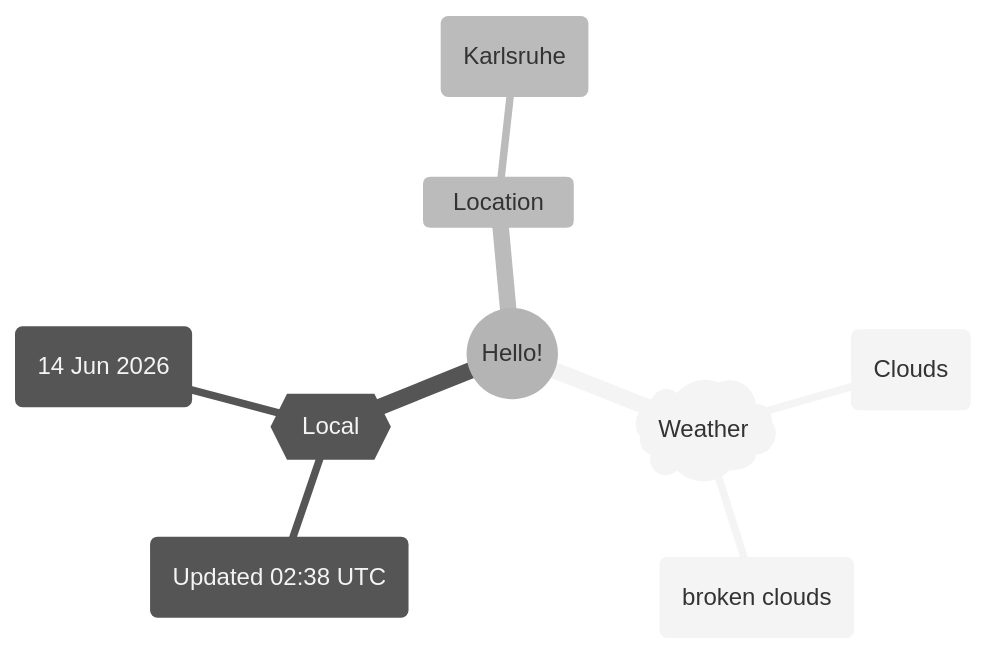
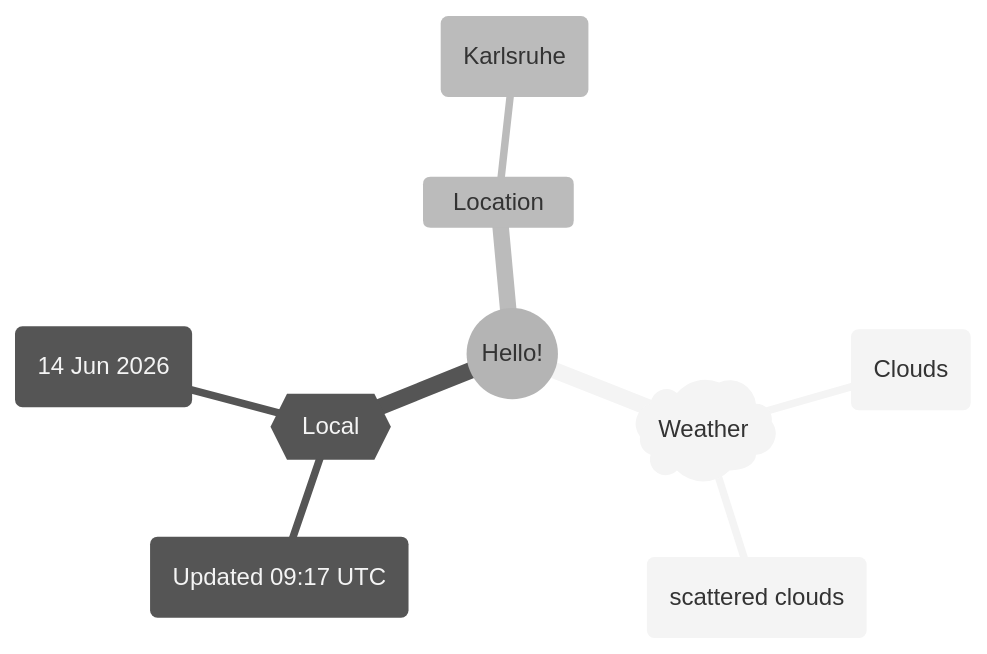
One commit to Xosrov/Xosrov changed the first of 2 diagrams in README.md. Above: the diagram before and after it, drawn with Mermaid (neutral theme).

Commit message:
[bot] updated images

````diff
--- a/README.md
+++ b/README.md
@@ -3,12 +3,12 @@
 ```mermaid
 mindmap
   root((Hello!))
     )Weather(
         (Clouds)
-        (broken clouds)
+        (scattered clouds)
     {{Local}}
-        (Updated 02:38 UTC)
+        (Updated 09:17 UTC)
         (14 Jun 2026)
     Location
         (Karlsruhe)
 ```
````
